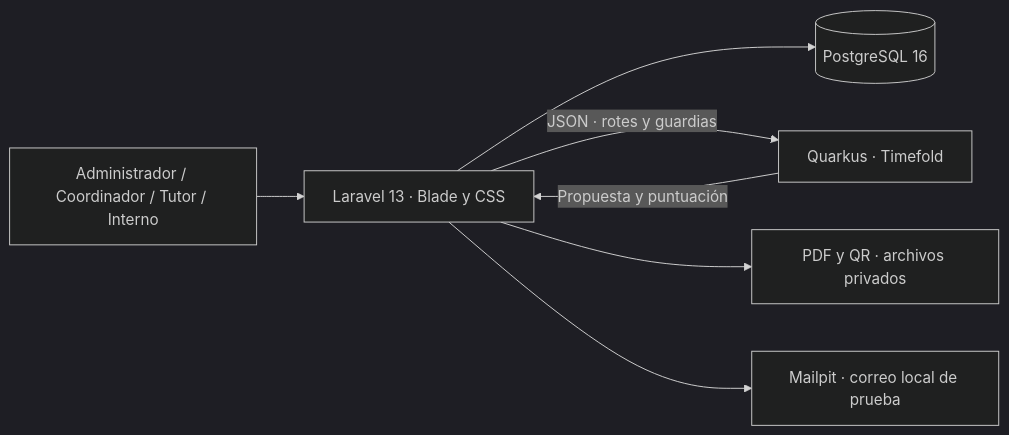
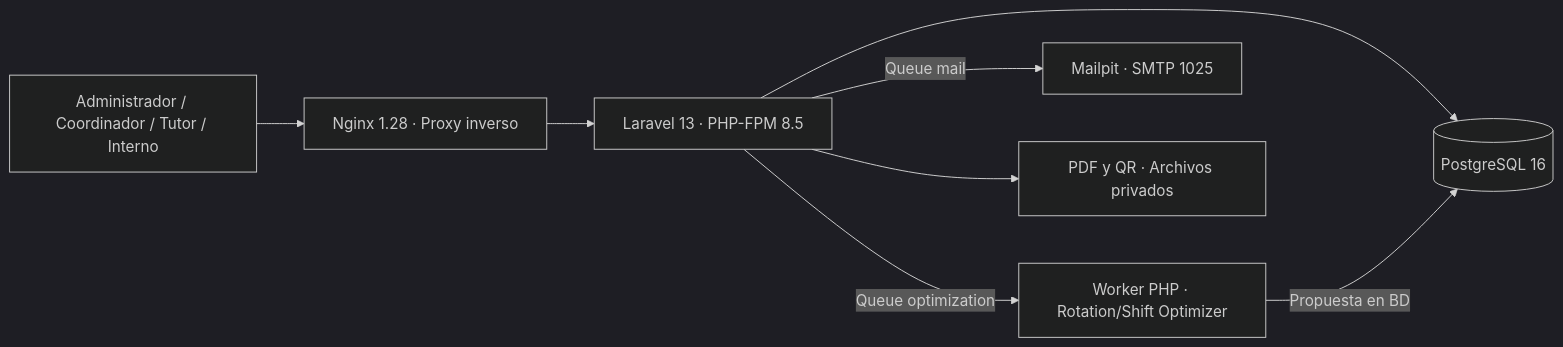
The first of 2 diagrams in docs/ALCANCE_Y_ARQUITECTURA.md (J-Ariel08-sys/4th_Semester_Proyect_2026), drawn with Mermaid (dark theme) before and after one commit. The commit also changed other lines of this file and 114 other files, not shown here.

````diff
--- a/docs/ALCANCE_Y_ARQUITECTURA.md
+++ b/docs/ALCANCE_Y_ARQUITECTURA.md
@@ -25,9 +25,10 @@
 ```mermaid
 flowchart LR
-    U[Administrador / Coordinador / Tutor / Interno] --> L[Laravel 13 · Blade y CSS]
+    U[Administrador / Coordinador / Tutor / Interno] --> N[Nginx 1.28 · Proxy inverso]
+    N --> L[Laravel 13 · PHP-FPM 8.5]
     L --> P[(PostgreSQL 16)]
-    L -->|JSON · rotes y guardias| Q[Quarkus · Timefold]
-    Q -->|Propuesta y puntuación| L
-    L --> F[PDF y QR · archivos privados]
-    L --> M[Mailpit · correo local de prueba]
+    L -->|Queue optimization| W[Worker PHP · Rotation/Shift Optimizer]
+    W -->|Propuesta en BD| P
+    L -->|Queue mail| M[Mailpit · SMTP 1025]
+    L --> F[PDF y QR · Archivos privados]
 ```
````
